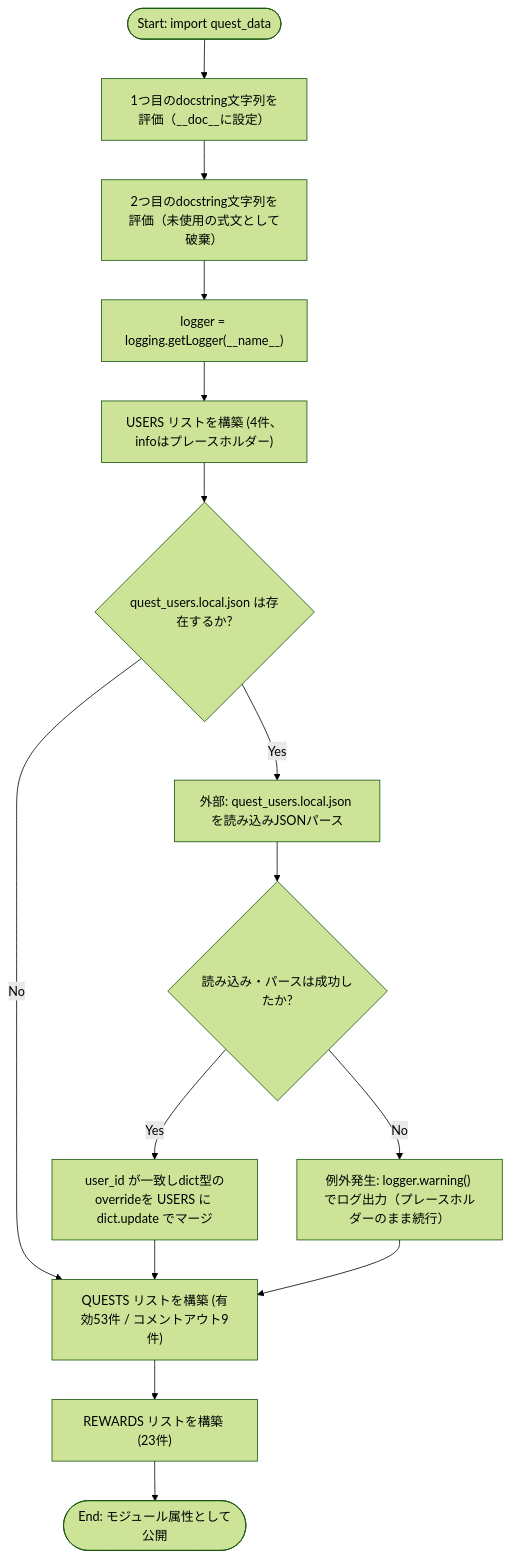
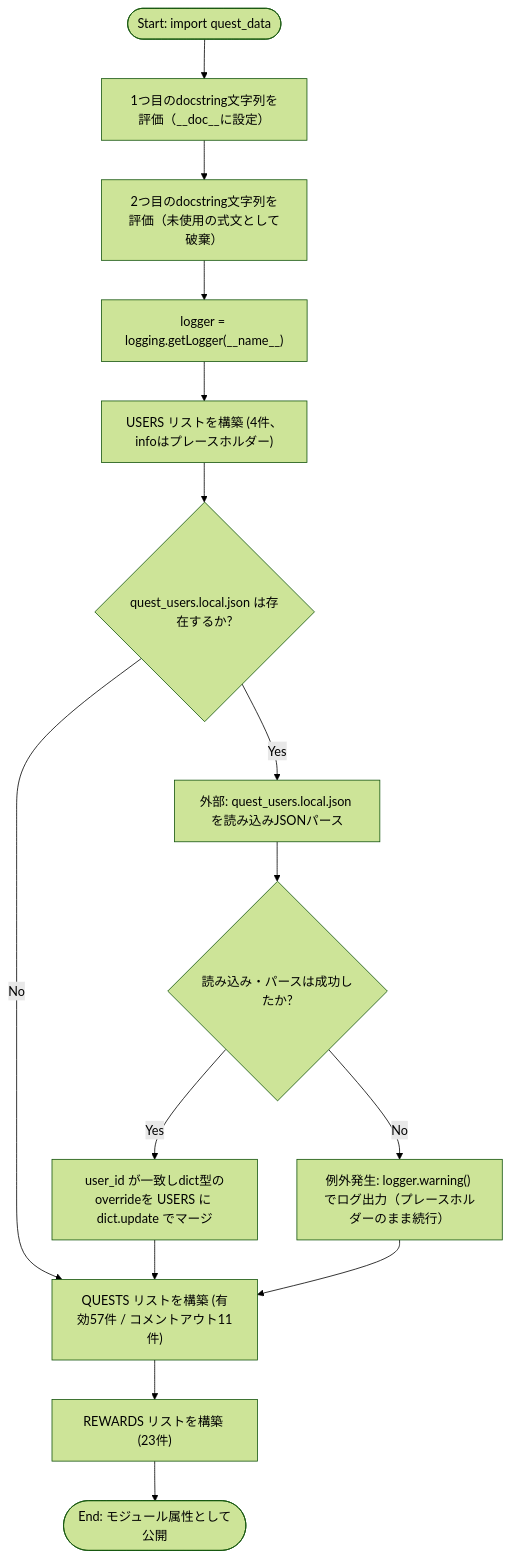
The first of 2 diagrams in docs/specifications/MY_HOME_SYSTEM/quest_data.md (mmtigers/my_python_project), drawn with Mermaid (forest theme) before and after one commit. The commit also changed other lines of this file and 1 other file, not shown here.

````diff
--- a/docs/specifications/MY_HOME_SYSTEM/quest_data.md
+++ b/docs/specifications/MY_HOME_SYSTEM/quest_data.md
@@ -192,17 +194,17 @@
 ```mermaid
 flowchart TD
     Start(["Start: import quest_data"]) --> Doc1["1つ目のdocstring文字列を評価（__doc__に設定）"]
     Doc1 --> Doc2["2つ目のdocstring文字列を評価（未使用の式文として破棄）"]
     Doc2 --> InitLogger["logger = logging.getLogger(__name__)"]
     InitLogger --> BuildUsers["USERS リストを構築 (4件、infoはプレースホルダー)"]
     BuildUsers --> CheckLocal{"quest_users.local.json は存在するか?"}
-    CheckLocal -- No --> BuildQuests["QUESTS リストを構築 (有効53件 / コメントアウト9件)"]
+    CheckLocal -- No --> BuildQuests["QUESTS リストを構築 (有効57件 / コメントアウト11件)"]
     CheckLocal -- Yes --> LoadLocal["外部: quest_users.local.json を読み込みJSONパース"]
     LoadLocal --> MergeCheck{"読み込み・パースは成功したか?"}
     MergeCheck -- Yes --> MergeUsers["user_id が一致しdict型のoverrideを USERS に dict.update でマージ"]
     MergeCheck -- No --> LogWarn["例外発生: logger.warning() でログ出力（プレースホルダーのまま続行）"]
     MergeUsers --> BuildQuests
     LogWarn --> BuildQuests
     BuildQuests --> BuildRewards["REWARDS リストを構築 (23件)"]
     BuildRewards --> End(["End: モジュール属性として公開"])
 ```
````
